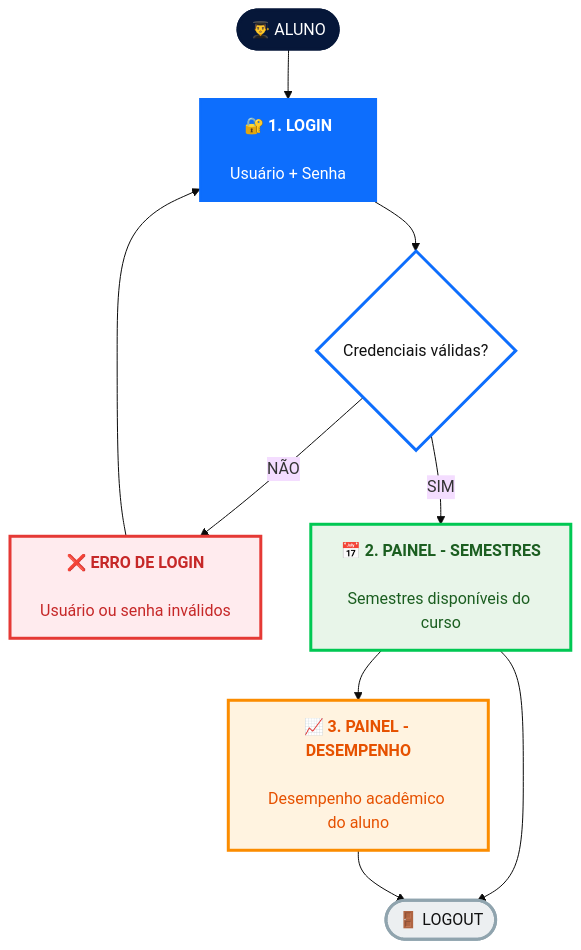
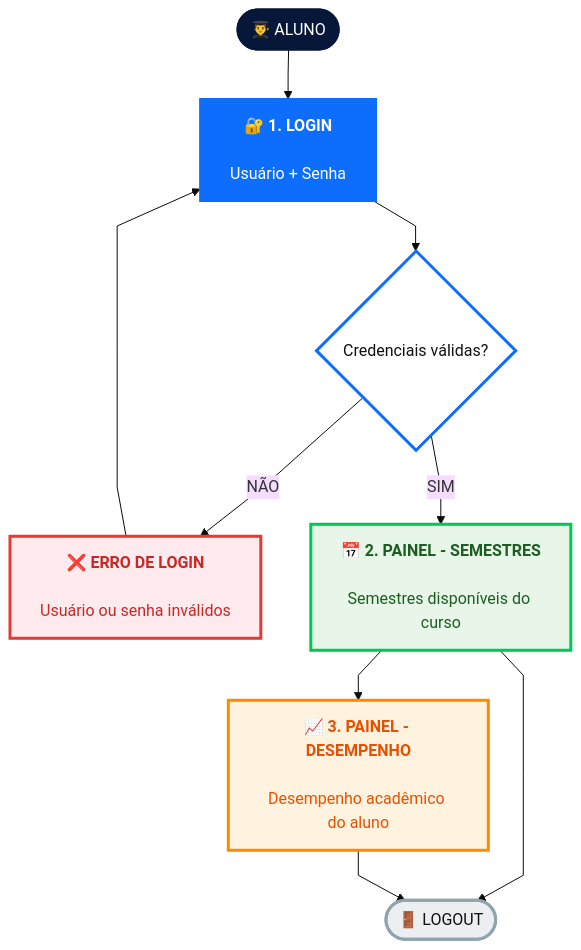
Before and after one commit to jvondoellinger/Projeto-Integra-o-Escola-Software-PIES: the second of 2 diagrams in README.md, drawn with Mermaid (base theme). The commit also changed other lines of this file, not shown here.

Commit message:
Enhance README with flowcharts for roles
Added mermaid flowcharts for Professor and Student sections.

````diff
--- a/README.md
+++ b/README.md
@@ -95,40 +97,42 @@
 ```mermaid
+%%{init: {'flowchart': {'curve': 'linear'}}}%%
+
 flowchart TD
 
     A([👨‍🎓 ALUNO])
 
     B["🔐 <b>1. LOGIN</b><br/><br/>Usuário + Senha"]
 
     C{"Credenciais válidas?"}
 
     D["❌ <b>ERRO DE LOGIN</b><br/><br/>Usuário ou senha inválidos"]
 
     E["📅 <b>2. PAINEL - SEMESTRES</b><br/><br/>Semestres disponíveis do curso"]
 
     F["📈 <b>3. PAINEL - DESEMPENHO</b><br/><br/>Desempenho acadêmico do aluno"]
 
     G([🚪 LOGOUT])
 
     A --> B
     B --> C
 
     C -- NÃO --> D
     D --> B
 
     C -- SIM --> E
 
     E --> F
 
     E --> G
     F --> G
 
     %% CORES
 
     style A fill:#061739,color:#fff,stroke:#061739,stroke-width:3px
     style B fill:#0D6EFD,color:#fff,stroke:#0D6EFD,stroke-width:2px
     style C fill:#ffffff,color:#111,stroke:#0D6EFD,stroke-width:3px
     style D fill:#FFEBEE,color:#C62828,stroke:#E53935,stroke-width:3px
     style E fill:#E8F5E9,color:#1B5E20,stroke:#00C853,stroke-width:3px
     style F fill:#FFF3E0,color:#E65100,stroke:#FB8C00,stroke-width:3px
     style G fill:#ECEFF1,color:#111,stroke:#90A4AE,stroke-width:3px
 ```
````
